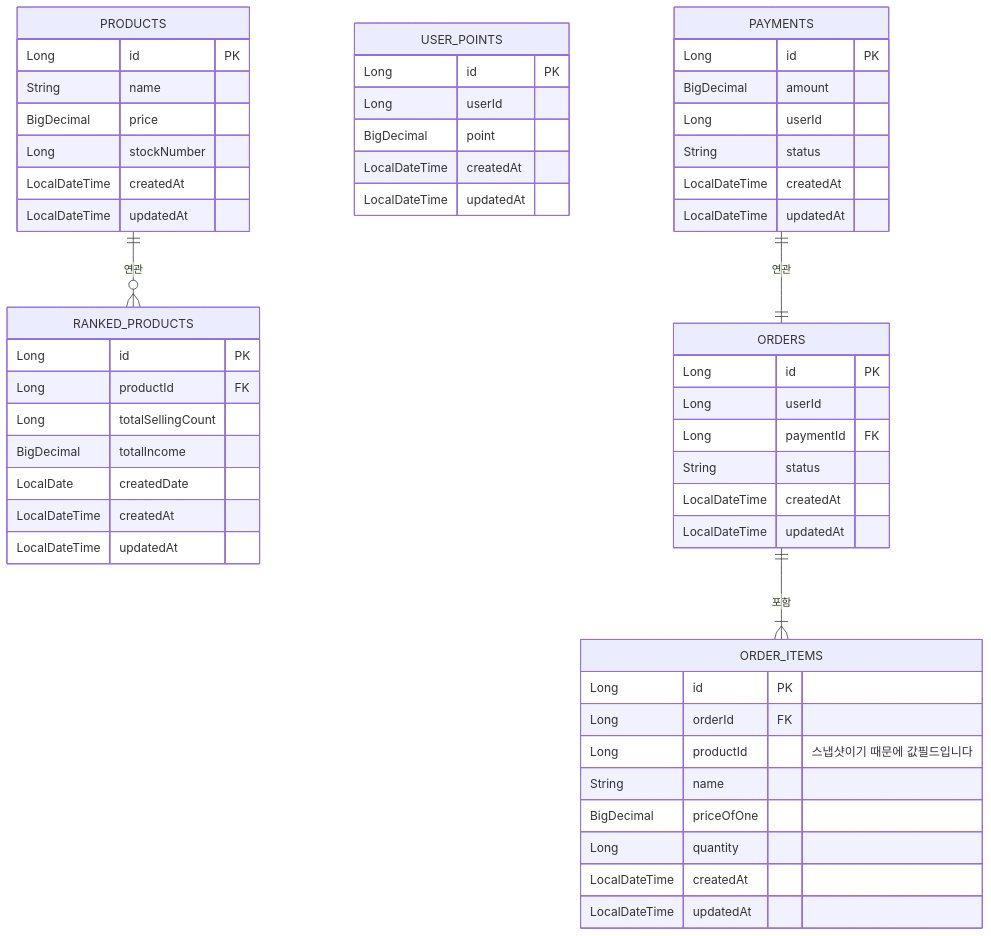
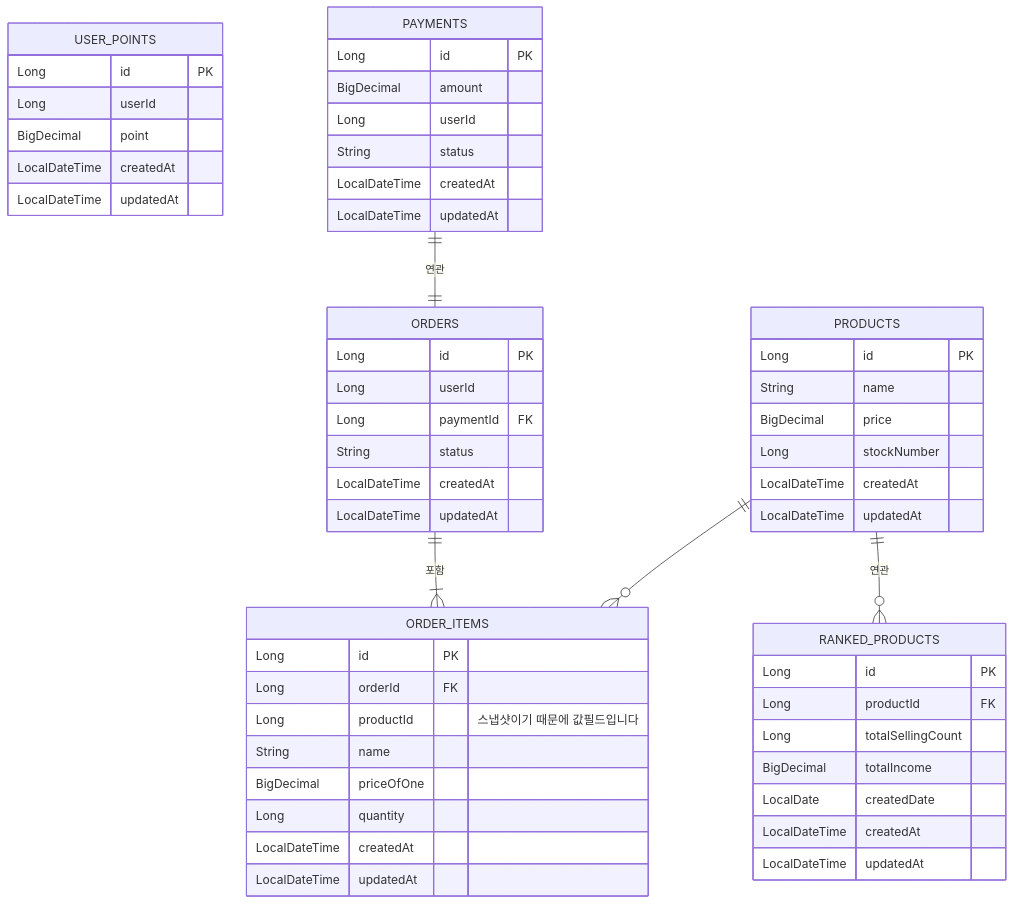
One commit to jsween5723/commerce changed the first of 2 diagrams in docs/erd/readme.md. Above: the diagram before and after it, drawn with Mermaid. The commit also changed other lines of this file, not shown here.

````diff
--- a/docs/erd/readme.md
+++ b/docs/erd/readme.md
@@ -5,57 +5,58 @@
 ```mermaid
 erDiagram
     PRODUCTS {
         Long id PK
         String name
         BigDecimal price
         Long stockNumber
         LocalDateTime createdAt
         LocalDateTime updatedAt
     }
     RANKED_PRODUCTS {
         Long id PK
         Long productId FK
         Long totalSellingCount
         BigDecimal totalIncome
         LocalDate createdDate
         LocalDateTime createdAt
         LocalDateTime updatedAt
     }
     USER_POINTS {
         Long id PK
         Long userId
         BigDecimal point
         LocalDateTime createdAt
         LocalDateTime updatedAt
     }
     ORDERS {
         Long id PK
         Long userId
         Long paymentId FK
         String status
         LocalDateTime createdAt
         LocalDateTime updatedAt
     }
     ORDER_ITEMS {
         Long id PK
         Long orderId FK
         Long productId "스냅샷이기 때문에 값필드입니다"
         String name
         BigDecimal priceOfOne
         Long quantity
         LocalDateTime createdAt
         LocalDateTime updatedAt
     }
     PAYMENTS {
         Long id PK
         BigDecimal amount
         Long userId
         String status
         LocalDateTime createdAt
         LocalDateTime updatedAt
     }
 
     PRODUCTS ||--o{ RANKED_PRODUCTS: "연관"
     ORDERS ||--|{ ORDER_ITEMS: "포함"
     PAYMENTS ||--|| ORDERS: "연관"
+    PRODUCTS ||--o{ ORDER_ITEMS: ""
 ```
````
